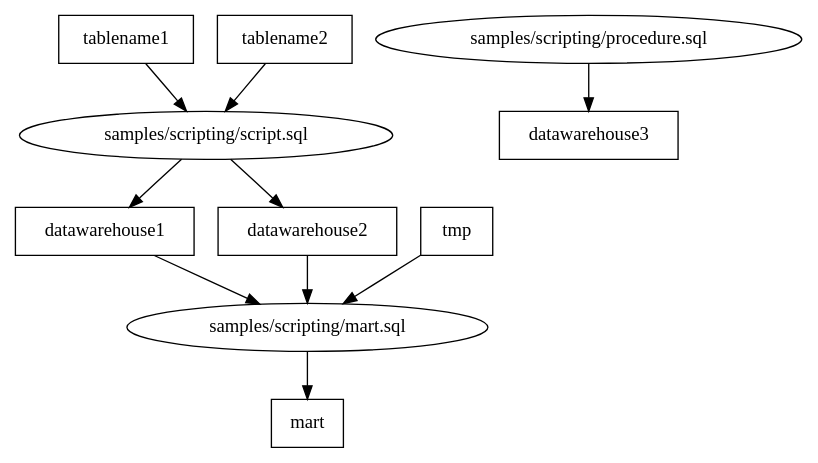
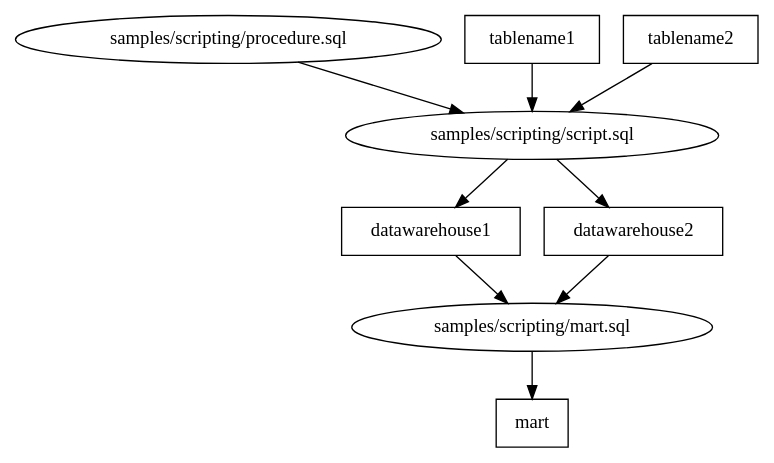
The diagram in samples/scripting/side_effect_first_with_tables/dag.dot (Matts966/alphasql), drawn with Graphviz before and after one commit. The commit also changed 24 other files, not shown here.

```diff
--- a/samples/scripting/side_effect_first_with_tables/dag.dot
+++ b/samples/scripting/side_effect_first_with_tables/dag.dot
@@ -1,21 +1,18 @@
 digraph G {
 0 [label="samples/scripting/mart.sql", shape="", type=query];
 1 [label="samples/scripting/procedure.sql", shape="", type=query];
 2 [label="samples/scripting/script.sql", shape="", type=query];
 3 [label=datawarehouse1, shape=box, type=table];
 4 [label=datawarehouse2, shape=box, type=table];
-5 [label=datawarehouse3, shape=box, type=table];
-6 [label=mart, shape=box, type=table];
-7 [label=tablename1, shape=box, type=table];
-8 [label=tablename2, shape=box, type=table];
-9 [label=tmp, shape=box, type=table];
-0->6 ;
-1->5 ;
+5 [label=mart, shape=box, type=table];
+6 [label=tablename1, shape=box, type=table];
+7 [label=tablename2, shape=box, type=table];
+0->5 ;
+1->2 ;
 2->3 ;
 2->4 ;
 3->0 ;
 4->0 ;
+6->2 ;
 7->2 ;
-8->2 ;
-9->0 ;
 }
```
